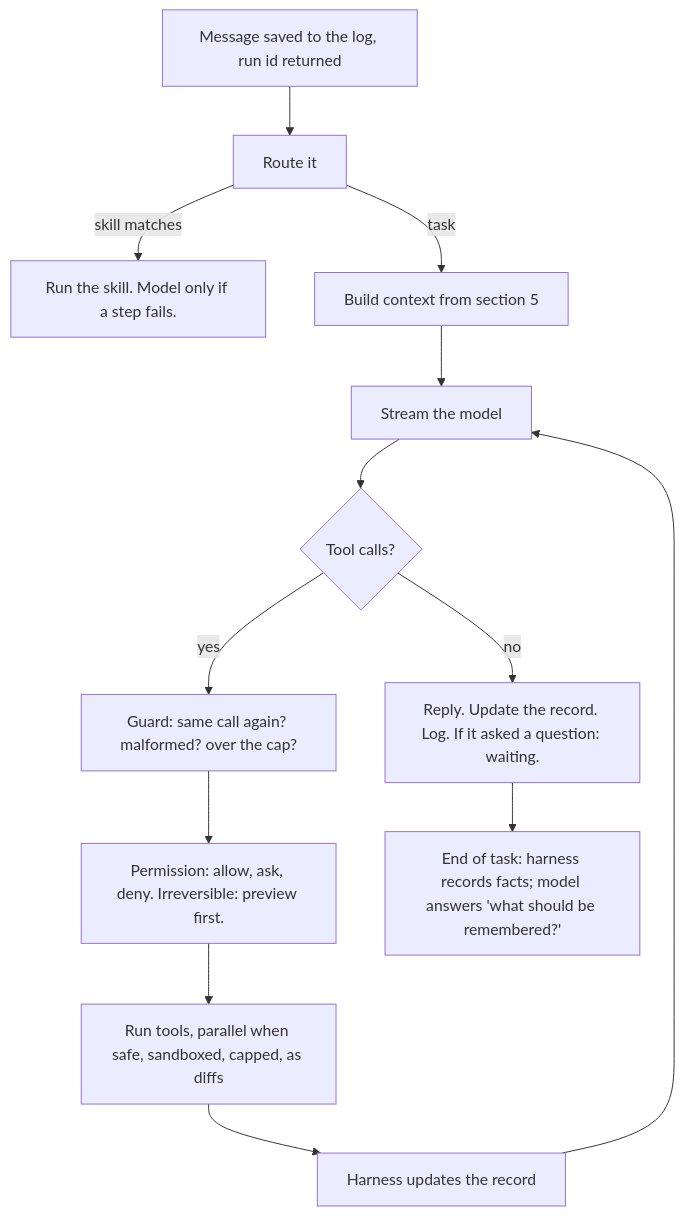
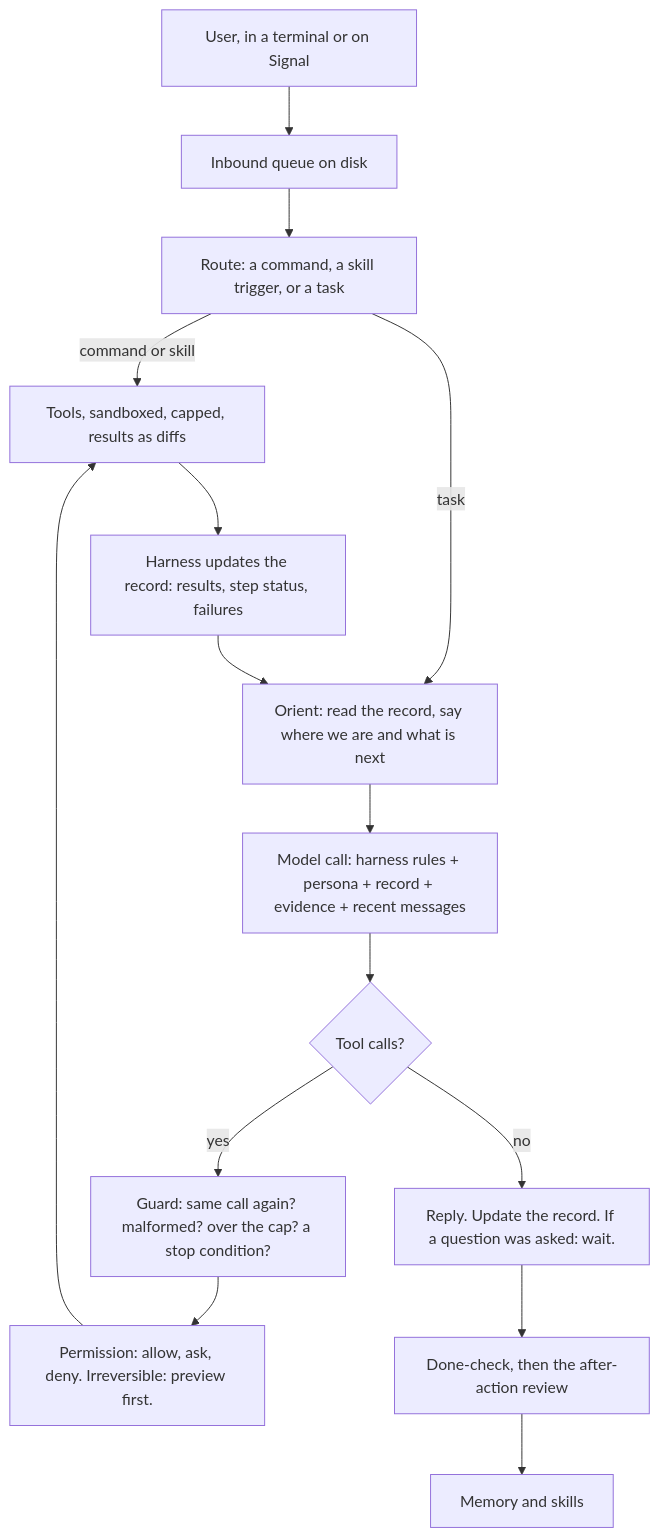
Before and after one commit to JaredTate/nerdgenie: the second of 3 diagrams in docs/COEUS_PLAN.md, drawn with Mermaid. The commit also changed other lines of this file and 2 other files, not shown here.

Commit message:
Plan rewritten as a general open-source framework: the idea in one page, lessons from other agents, the operations-order task record, what the model is told

````diff
--- a/docs/COEUS_PLAN.md
+++ b/docs/COEUS_PLAN.md
@@ -202,15 +68,17 @@
 ```mermaid
 flowchart TD
-  A["Message saved to the log, run id returned"] --> B["Route it"]
-  B -->|"skill matches"| S["Run the skill. Model only if a step fails."]
-  B -->|"task"| C["Build context from section 5"]
-  C --> M["Stream the model"]
+  U["User, in a terminal or on Signal"] --> Q["Inbound queue on disk"]
+  Q --> R["Route: a command, a skill trigger, or a task"]
+  R -->|"command or skill"| X
+  R -->|"task"| O["Orient: read the record, say where we are and what is next"]
+  O --> M["Model call: harness rules + persona + record + evidence + recent messages"]
   M --> K{"Tool calls?"}
-  K -->|"no"| F["Reply. Update the record. Log. If it asked a question: waiting."]
-  K -->|"yes"| G["Guard: same call again? malformed? over the cap?"]
+  K -->|"no"| F["Reply. Update the record. If a question was asked: wait."]
+  K -->|"yes"| G["Guard: same call again? malformed? over the cap? a stop condition?"]
   G --> P["Permission: allow, ask, deny. Irreversible: preview first."]
-  P --> X["Run tools, parallel when safe, sandboxed, capped, as diffs"]
-  X --> U["Harness updates the record"]
-  U --> M
-  F --> N["End of task: harness records facts; model answers 'what should be remembered?'"]
+  P --> X["Tools, sandboxed, capped, results as diffs"]
+  X --> S["Harness updates the record: results, step status, failures"]
+  S --> O
+  F --> A["Done-check, then the after-action review"]
+  A --> ME["Memory and skills"]
 ```
````
